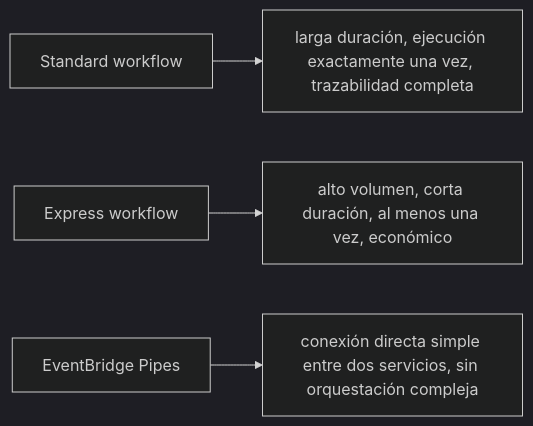
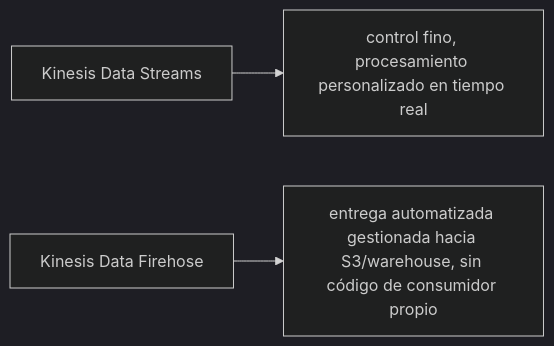
One commit to NICORUIZ93/The_Imperial_Book changed the fifth of 5 diagrams in web/public/content/cloud/modulo-16.md. Above: the diagram before and after it, drawn with Mermaid (dark theme). The commit also changed other lines of this file and 305 other files, not shown here.

````diff
--- a/web/public/content/cloud/modulo-16.md
+++ b/web/public/content/cloud/modulo-16.md
@@ -93,6 +119,5 @@
 ```mermaid
 flowchart LR
-    A["Standard workflow"] --> A1["larga duración, ejecución exactamente una vez, trazabilidad completa"]
-    B["Express workflow"] --> B1["alto volumen, corta duración, al menos una vez, económico"]
-    C["EventBridge Pipes"] --> C1["conexión directa simple entre dos servicios, sin orquestación compleja"]
+    A["Kinesis Data Streams"] --> A1["control fino, procesamiento personalizado en tiempo real"]
+    B["Kinesis Data Firehose"] --> B1["entrega automatizada gestionada hacia S3/warehouse, sin código de consumidor propio"]
 ```
````
